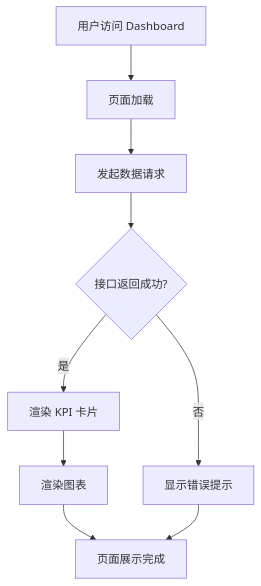
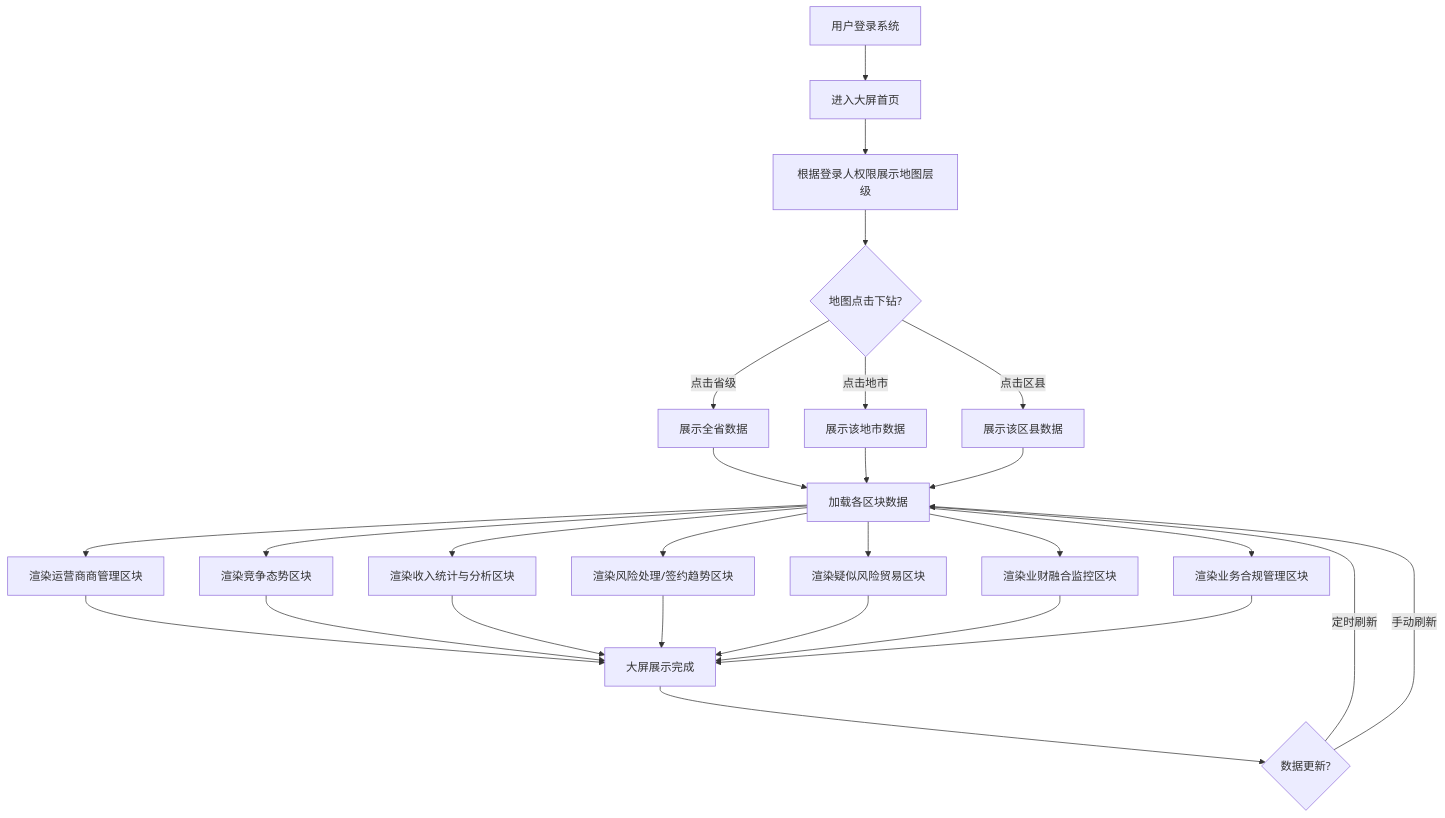
The diagram in public/prd/_routes/_dashboard.md (cuiweihaoxuan-eng/lto), drawn with Mermaid before and after one commit. The commit also changed other lines of this file and 1 other file, not shown here.

````diff
--- a/public/prd/_routes/_dashboard.md
+++ b/public/prd/_routes/_dashboard.md
@@ -47,11 +67,29 @@
 ```mermaid
 graph TD
-    A[用户访问 Dashboard] --> B[页面加载]
-    B --> C[发起数据请求]
-    C --> D{接口返回成功?}
-    D -->|是| E[渲染 KPI 卡片]
-    E --> F[渲染图表]
-    F --> G[页面展示完成]
-    D -->|否| H[显示错误提示]
-    H --> G
+    A[用户登录系统] --> B[进入大屏首页]
+    B --> C[根据登录人权限展示地图层级]
+    C --> D{地图点击下钻?}
+    D -->|点击省级| E[展示全省数据]
+    D -->|点击地市| F[展示该地市数据]
+    D -->|点击区县| G[展示该区县数据]
+    E --> H[加载各区块数据]
+    F --> H
+    G --> H
+    H --> I[渲染运营商商管理区块]
+    H --> J[渲染竞争态势区块]
+    H --> K[渲染收入统计与分析区块]
+    H --> L[渲染风险处理/签约趋势区块]
+    H --> M[渲染疑似风险贸易区块]
+    H --> N[渲染业财融合监控区块]
+    H --> O[渲染业务合规管理区块]
+    I --> P[大屏展示完成]
+    J --> P
+    K --> P
+    L --> P
+    M --> P
+    N --> P
+    O --> P
+    P --> Q{数据更新?}
+    Q -->|定时刷新| H
+    Q -->|手动刷新| H
 ```
````
